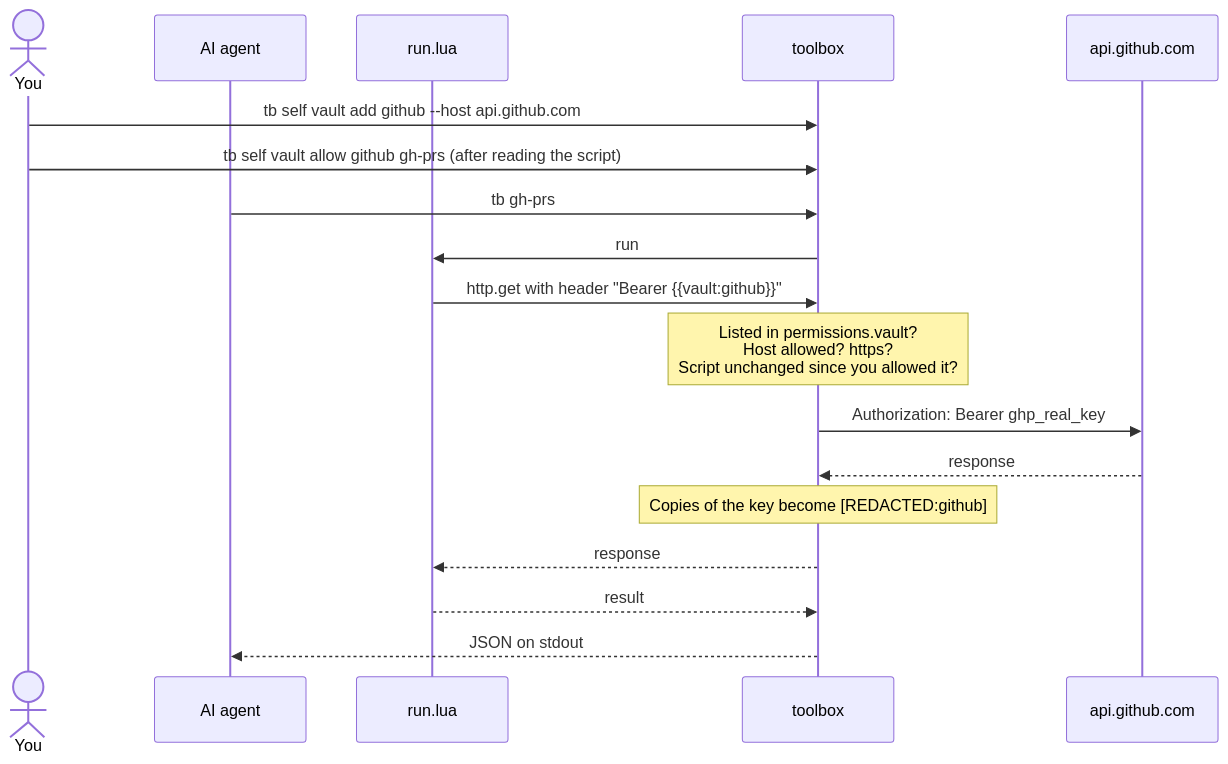
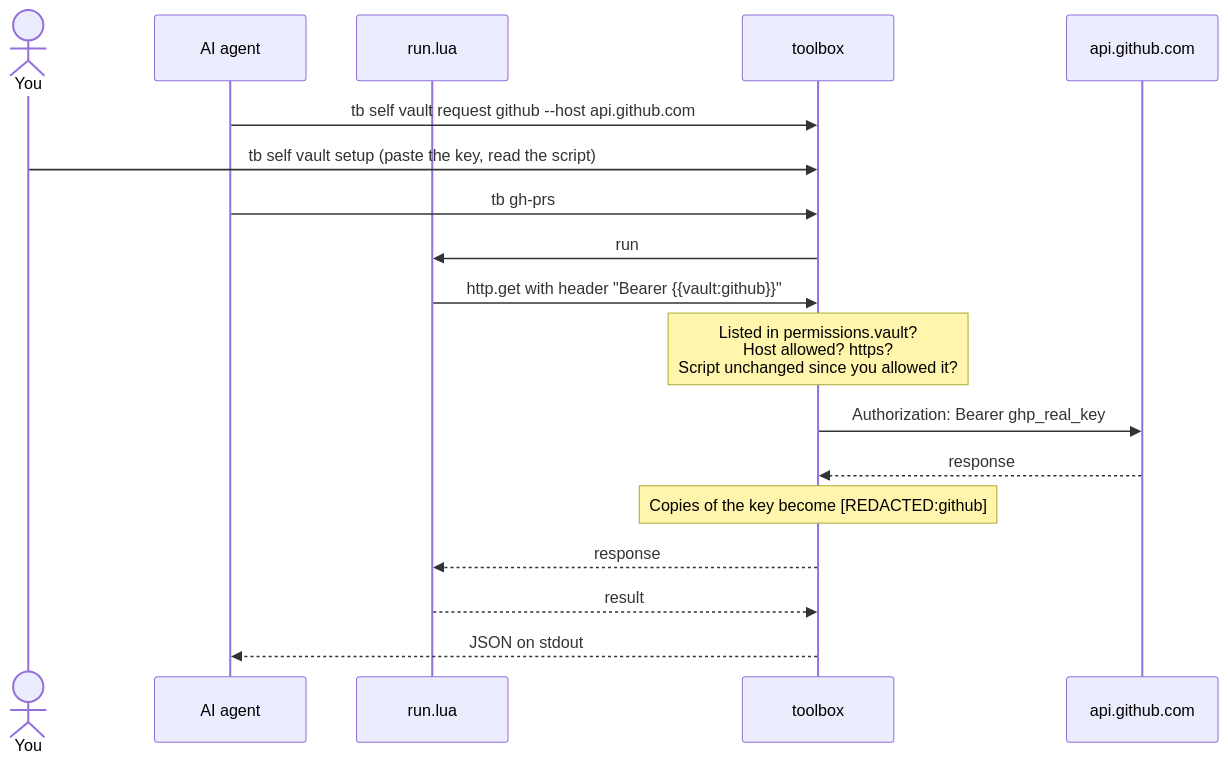
The diagram in README.md (WilliamThogersen/toolbox), drawn with Mermaid before and after one commit. The commit also changed other lines of this file and 20 other files, not shown here.

First line of the commit message:
feat: agents request keys, the human pastes them in one setup

````diff
--- a/README.md
+++ b/README.md
@@ -143,21 +154,21 @@
 ```mermaid
 sequenceDiagram
     actor You
     participant Agent as AI agent
     participant Script as run.lua
     participant tb as toolbox
     participant API as api.github.com
 
-    You->>tb: tb self vault add github --host api.github.com
-    You->>tb: tb self vault allow github gh-prs (after reading the script)
+    Agent->>tb: tb self vault request github --host api.github.com
+    You->>tb: tb self vault setup (paste the key, read the script)
     Agent->>tb: tb gh-prs
     tb->>Script: run
     Script->>tb: http.get with header "Bearer {{vault:github}}"
     Note over tb: Listed in permissions.vault?<br/>Host allowed? https?<br/>Script unchanged since you allowed it?
     tb->>API: Authorization: Bearer ghp_real_key
     API-->>tb: response
     Note over tb: Copies of the key become [REDACTED:github]
     tb-->>Script: response
     Script-->>tb: result
     tb-->>Agent: JSON on stdout
 ```
````
